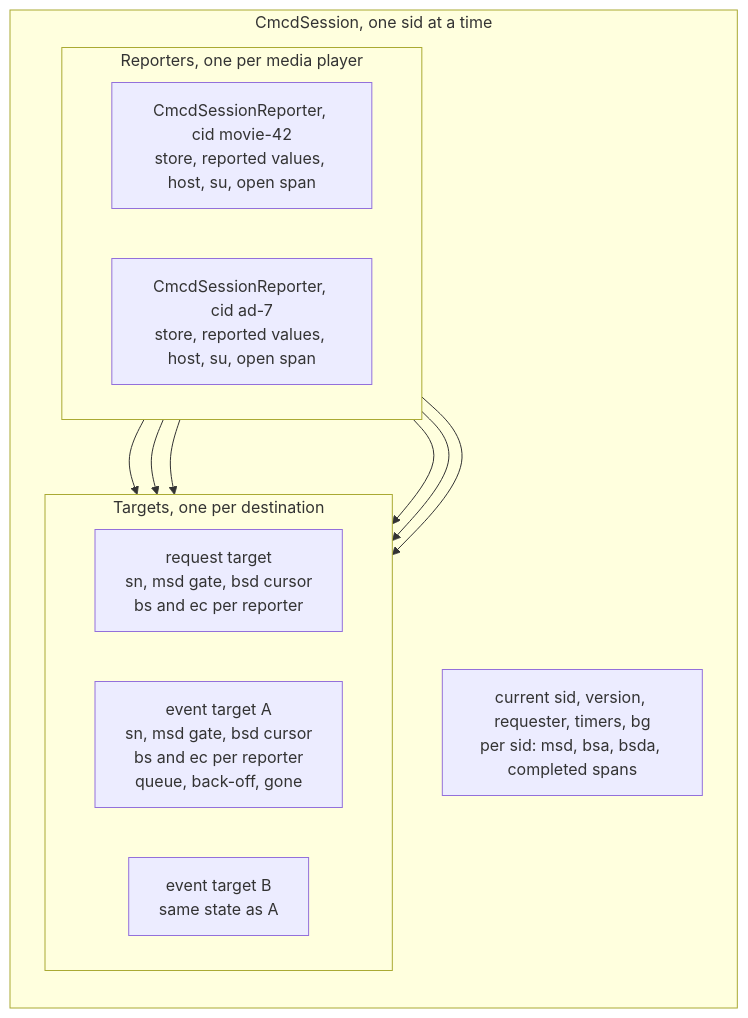
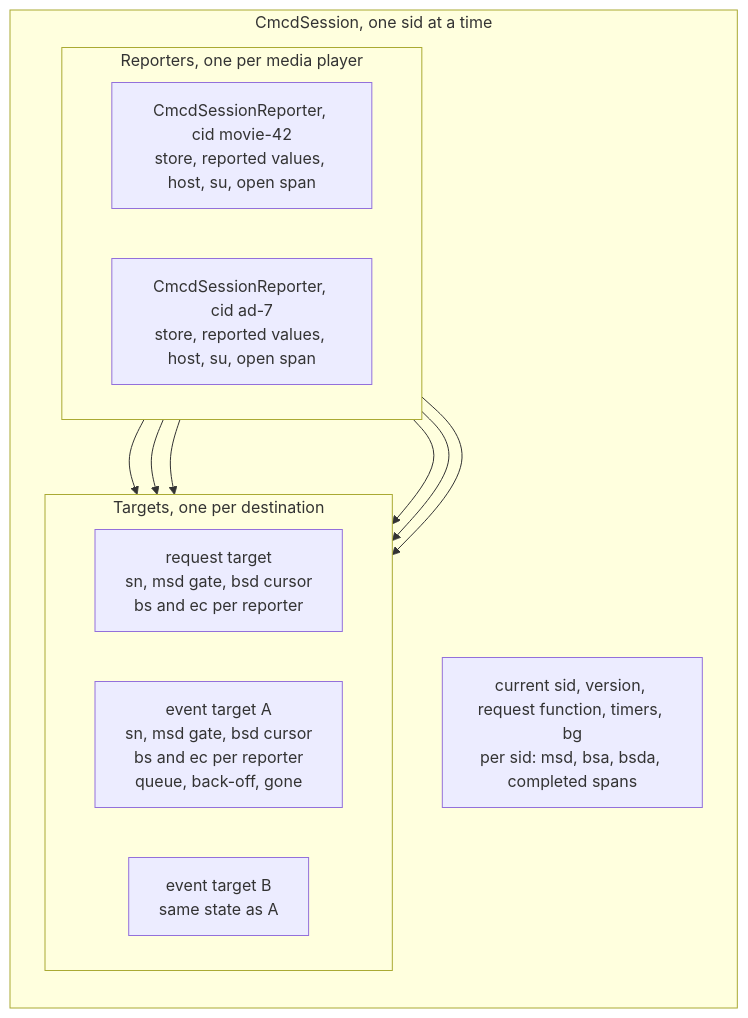
One commit to streaming-video-technology-alliance/common-media-library changed the first of 5 diagrams in rfc/cmcd-session-api.md. Above: the diagram before and after it, drawn with Mermaid. The commit also changed other lines of this file and 2 other files, not shown here.

First line of the commit message:
docs(rfc): rename the session API requester to request

````diff
--- a/rfc/cmcd-session-api.md
+++ b/rfc/cmcd-session-api.md
@@ -109,24 +109,24 @@
 ```mermaid
 flowchart TB
     subgraph session["CmcdSession, one sid at a time"]
         direction TB
-        sdata["current sid, version, requester, timers, bg<br>per sid: msd, bsa, bsda, completed spans"]
+        sdata["current sid, version, request function, timers, bg<br>per sid: msd, bsa, bsda, completed spans"]
         subgraph reporters["Reporters, one per media player"]
             direction LR
             primary["CmcdSessionReporter, cid movie-42<br>store, reported values, host, su, open span"]
             ad["CmcdSessionReporter, cid ad-7<br>store, reported values, host, su, open span"]
         end
         subgraph targets["Targets, one per destination"]
             direction LR
             req["request target<br>sn, msd gate, bsd cursor<br>bs and ec per reporter"]
             ev1["event target A<br>sn, msd gate, bsd cursor<br>bs and ec per reporter<br>queue, back-off, gone"]
             ev2["event target B<br>same state as A"]
         end
     end
     primary --> req
     primary --> ev1
     primary --> ev2
     ad --> req
     ad --> ev1
     ad --> ev2
 ```
````
